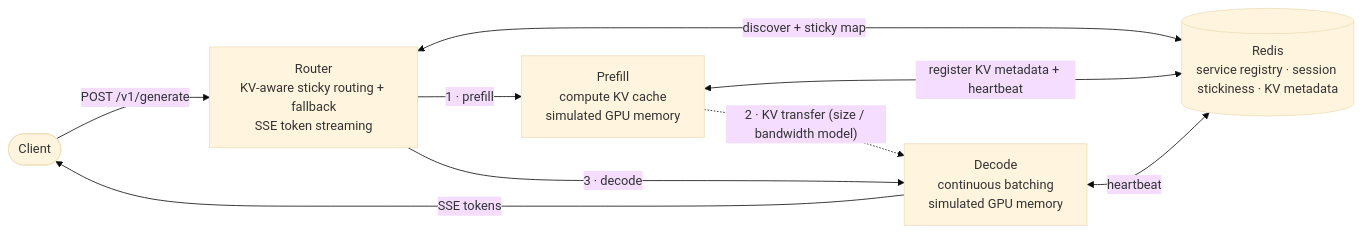
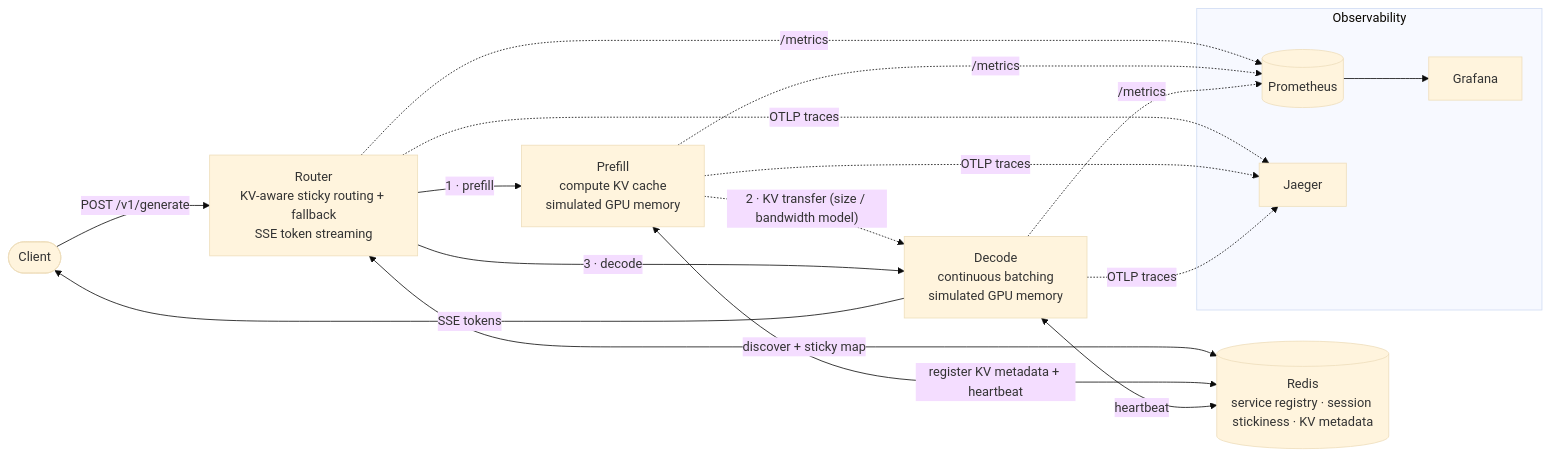
Before and after one commit to suhasramanand/mini-dynamo: the diagram in README.md, drawn with Mermaid (base theme). The commit also changed other lines of this file and 27 other files, not shown here.

````diff
--- a/README.md
+++ b/README.md
@@ -22,18 +22,27 @@
 ```mermaid
 flowchart LR
     Client([Client])
     Router["Router<br/>KV-aware sticky routing + fallback<br/>SSE token streaming"]
     Prefill["Prefill<br/>compute KV cache<br/>simulated GPU memory"]
     Decode["Decode<br/>continuous batching<br/>simulated GPU memory"]
     Redis[("Redis<br/>service registry · session stickiness · KV metadata")]
 
     Client -->|"POST /v1/generate"| Router
     Router -->|"1 · prefill"| Prefill
     Prefill -.->|"2 · KV transfer (size / bandwidth model)"| Decode
     Router -->|"3 · decode"| Decode
     Decode -->|"SSE tokens"| Client
 
     Router <-->|"discover + sticky map"| Redis
     Prefill <-->|"register KV metadata + heartbeat"| Redis
     Decode <-->|"heartbeat"| Redis
+
+    subgraph Observability
+        Prometheus[(Prometheus)]
+        Grafana[Grafana]
+        Jaeger[Jaeger]
+    end
+    Router & Prefill & Decode -.->|"/metrics"| Prometheus
+    Router & Prefill & Decode -.->|"OTLP traces"| Jaeger
+    Prometheus --> Grafana
 ```
````
